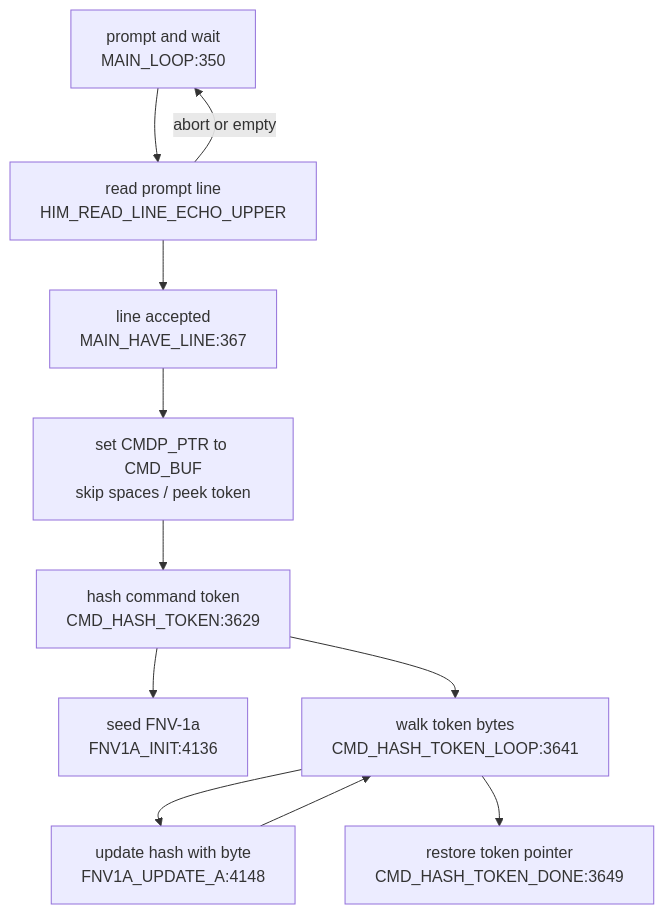
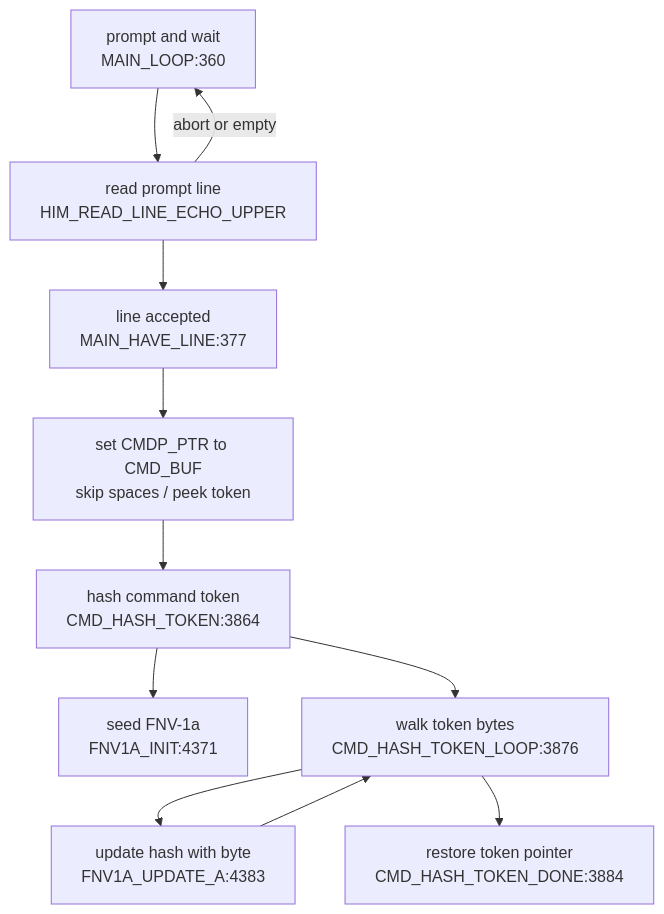
One commit to 95westus/R-YORS changed the second of 4 diagrams in DOC/GENERATED/CMD_FLOW_MAP.md. Above: the diagram before and after it, drawn with Mermaid. The commit also changed other lines of this file and 45 other files, not shown here.

````diff
--- a/DOC/GENERATED/CMD_FLOW_MAP.md
+++ b/DOC/GENERATED/CMD_FLOW_MAP.md
@@ -24,13 +24,13 @@
 ```mermaid
 flowchart TD
-    LOOP["prompt and wait<br/>MAIN_LOOP:350"] --> READ["read prompt line<br/>HIM_READ_LINE_ECHO_UPPER"]
-    READ --> HAVE["line accepted<br/>MAIN_HAVE_LINE:367"]
+    LOOP["prompt and wait<br/>MAIN_LOOP:360"] --> READ["read prompt line<br/>HIM_READ_LINE_ECHO_UPPER"]
+    READ --> HAVE["line accepted<br/>MAIN_HAVE_LINE:377"]
     READ -->|abort or empty| LOOP
     HAVE --> PREP["set CMDP_PTR to CMD_BUF<br/>skip spaces / peek token"]
-    PREP --> HASH["hash command token<br/>CMD_HASH_TOKEN:3629"]
-    HASH --> FNVINIT["seed FNV-1a<br/>FNV1A_INIT:4136"]
-    HASH --> HASHLOOP["walk token bytes<br/>CMD_HASH_TOKEN_LOOP:3641"]
-    HASHLOOP --> UPDATE["update hash with byte<br/>FNV1A_UPDATE_A:4148"]
+    PREP --> HASH["hash command token<br/>CMD_HASH_TOKEN:3864"]
+    HASH --> FNVINIT["seed FNV-1a<br/>FNV1A_INIT:4371"]
+    HASH --> HASHLOOP["walk token bytes<br/>CMD_HASH_TOKEN_LOOP:3876"]
+    HASHLOOP --> UPDATE["update hash with byte<br/>FNV1A_UPDATE_A:4383"]
     UPDATE --> HASHLOOP
-    HASHLOOP --> DONE["restore token pointer<br/>CMD_HASH_TOKEN_DONE:3649"]
+    HASHLOOP --> DONE["restore token pointer<br/>CMD_HASH_TOKEN_DONE:3884"]
 ```
````
